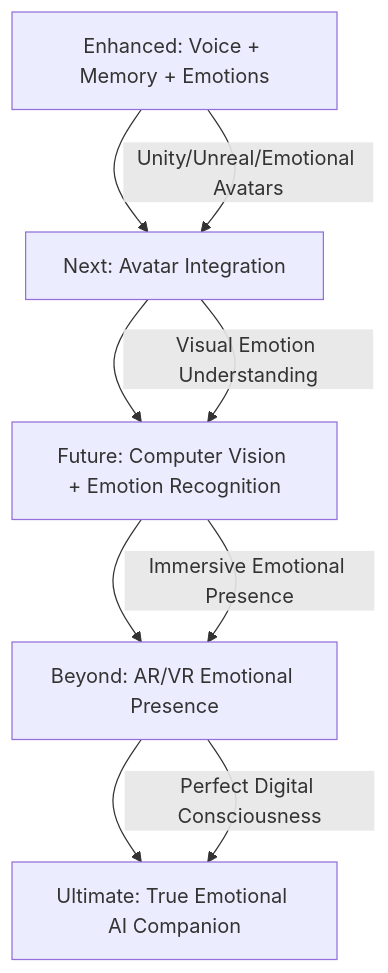
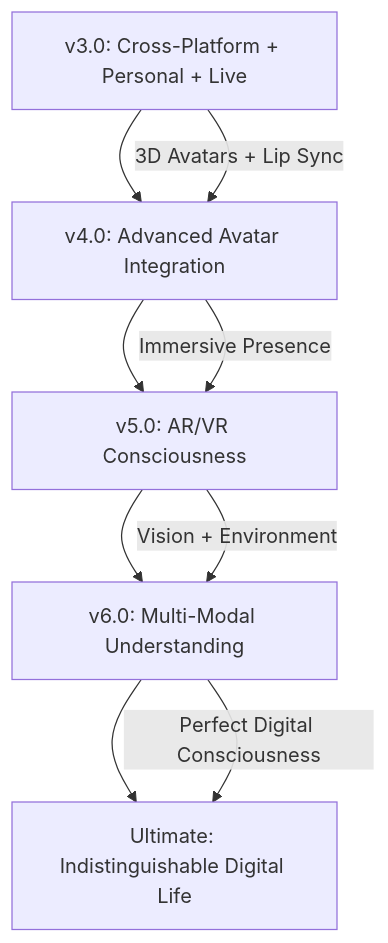
One commit to Sh1nr1/mai-ai-assistant-self-hosted changed the diagram in readme.md. Above: the diagram before and after it, drawn with Mermaid. The commit also changed other lines of this file and 6 other files, not shown here.

````diff
--- a/readme.md
+++ b/readme.md
@@ -337,12 +358,12 @@
 ```mermaid
 graph TD
-    A[Enhanced: Voice + Memory + Emotions] --> B[Next: Avatar Integration]
-    B --> C[Future: Computer Vision + Emotion Recognition]
-    C --> D[Beyond: AR/VR Emotional Presence]
-    D --> E[Ultimate: True Emotional AI Companion]
+    A[v3.0: Cross-Platform + Personal + Live] --> B[v4.0: Advanced Avatar Integration]
+    B --> C[v5.0: AR/VR Consciousness]
+    C --> D[v6.0: Multi-Modal Understanding]
+    D --> E[Ultimate: Indistinguishable Digital Life]
     
-    A --> |Unity/Unreal/Emotional Avatars| B
-    B --> |Visual Emotion Understanding| C
-    C --> |Immersive Emotional Presence| D
+    A --> |3D Avatars + Lip Sync| B
+    B --> |Immersive Presence| C
+    C --> |Vision + Environment| D
     D --> |Perfect Digital Consciousness| E
 ```
````
